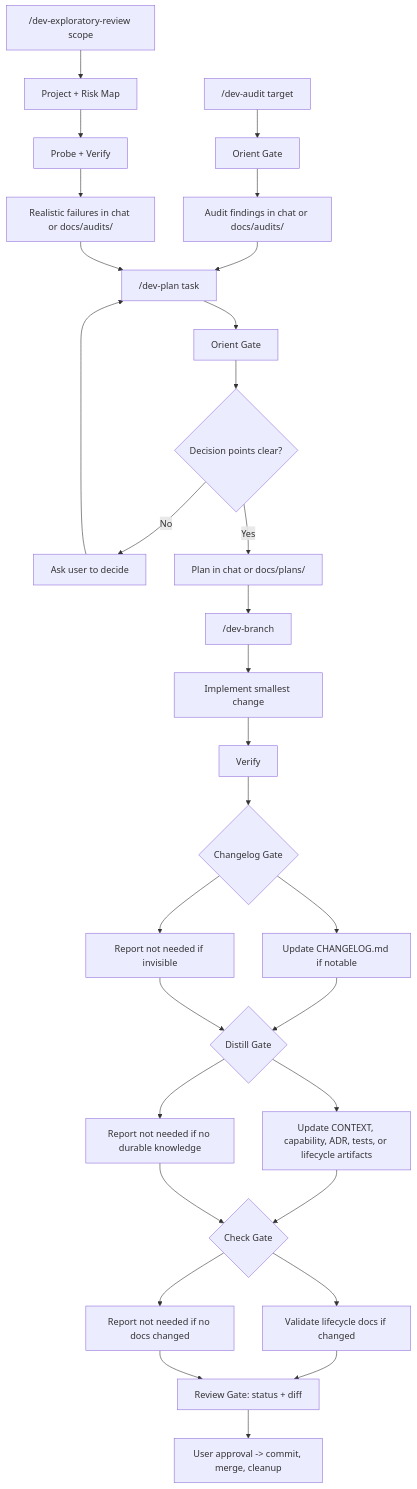
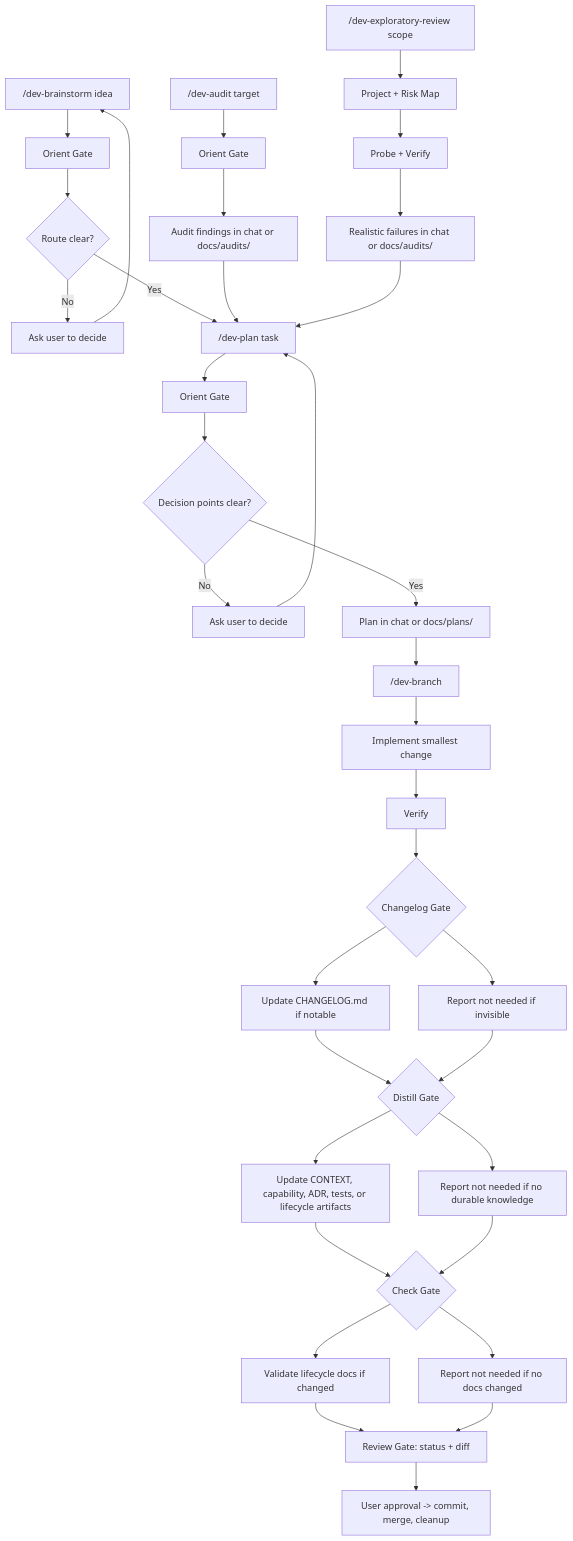
The diagram in README.md (cuber-hyk/dev-flow), drawn with Mermaid before and after one commit. The commit also changed other lines of this file and 49 other files, not shown here.

````diff
--- a/README.md
+++ b/README.md
@@ -75,35 +95,41 @@
 ```mermaid
 flowchart TD
+  S["/dev-brainstorm idea"] --> SO["Orient Gate"]
+  SO --> SD{"Route clear?"}
+  SD -- "No" --> SQ["Ask user to decide"]
+  SQ --> S
+  SD -- "Yes" --> P
+
   P["/dev-plan task"] --> PO["Orient Gate"]
   PO --> PD{"Decision points clear?"}
   PD -- "No" --> U["Ask user to decide"]
   U --> P
   PD -- "Yes" --> PF["Plan in chat or docs/plans/"]
   PF --> B["/dev-branch"]
 
   A["/dev-audit target"] --> AO["Orient Gate"]
   AO --> AR["Audit findings in chat or docs/audits/"]
   AR --> P
 
   E["/dev-exploratory-review scope"] --> EM["Project + Risk Map"]
   EM --> EV["Probe + Verify"]
   EV --> ER["Realistic failures in chat or docs/audits/"]
   ER --> P
 
   B --> I["Implement smallest change"]
   I --> V["Verify"]
   V --> C{"Changelog Gate"}
   C --> CU["Update CHANGELOG.md if notable"]
   C --> CN["Report not needed if invisible"]
   CU --> D{"Distill Gate"}
   CN --> D
   D --> DU["Update CONTEXT, capability, ADR, tests, or lifecycle artifacts"]
   D --> DN["Report not needed if no durable knowledge"]
   DU --> K{"Check Gate"}
   DN --> K
   K --> KP["Validate lifecycle docs if changed"]
   K --> KN["Report not needed if no docs changed"]
   KP --> R["Review Gate: status + diff"]
   KN --> R
   R --> M["User approval -> commit, merge, cleanup"]
 ```
````
